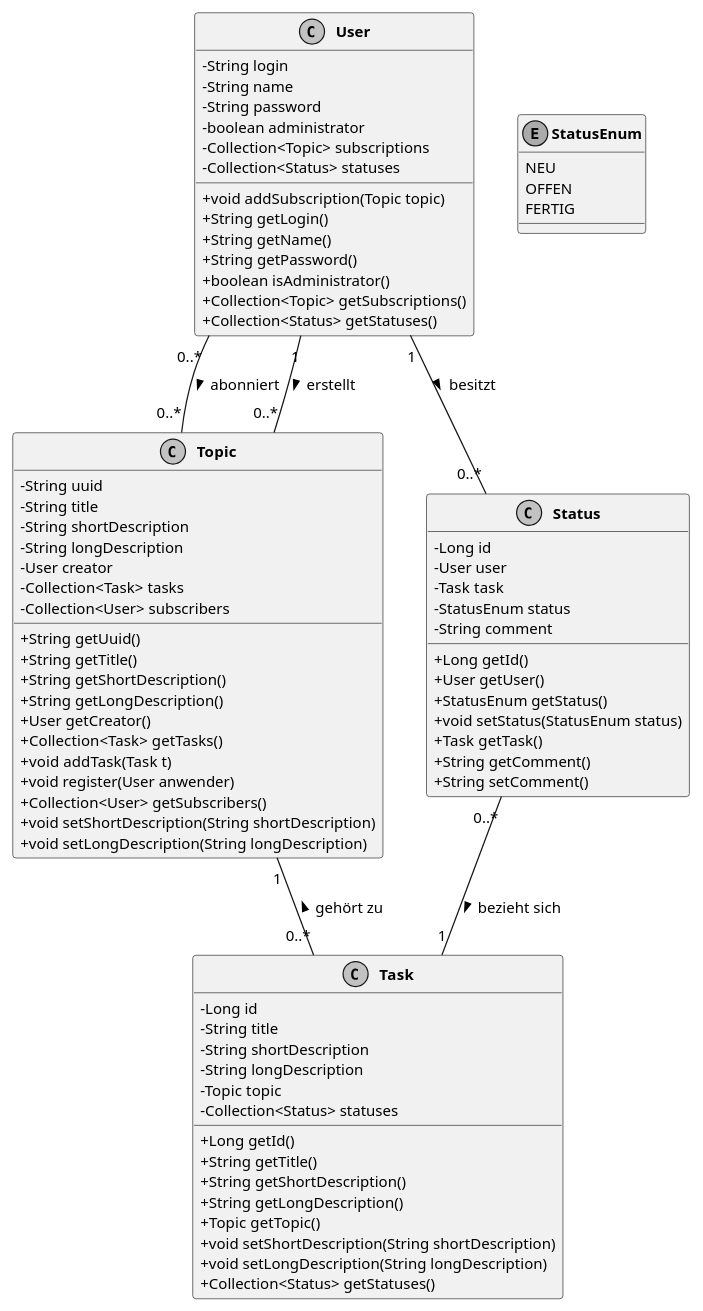
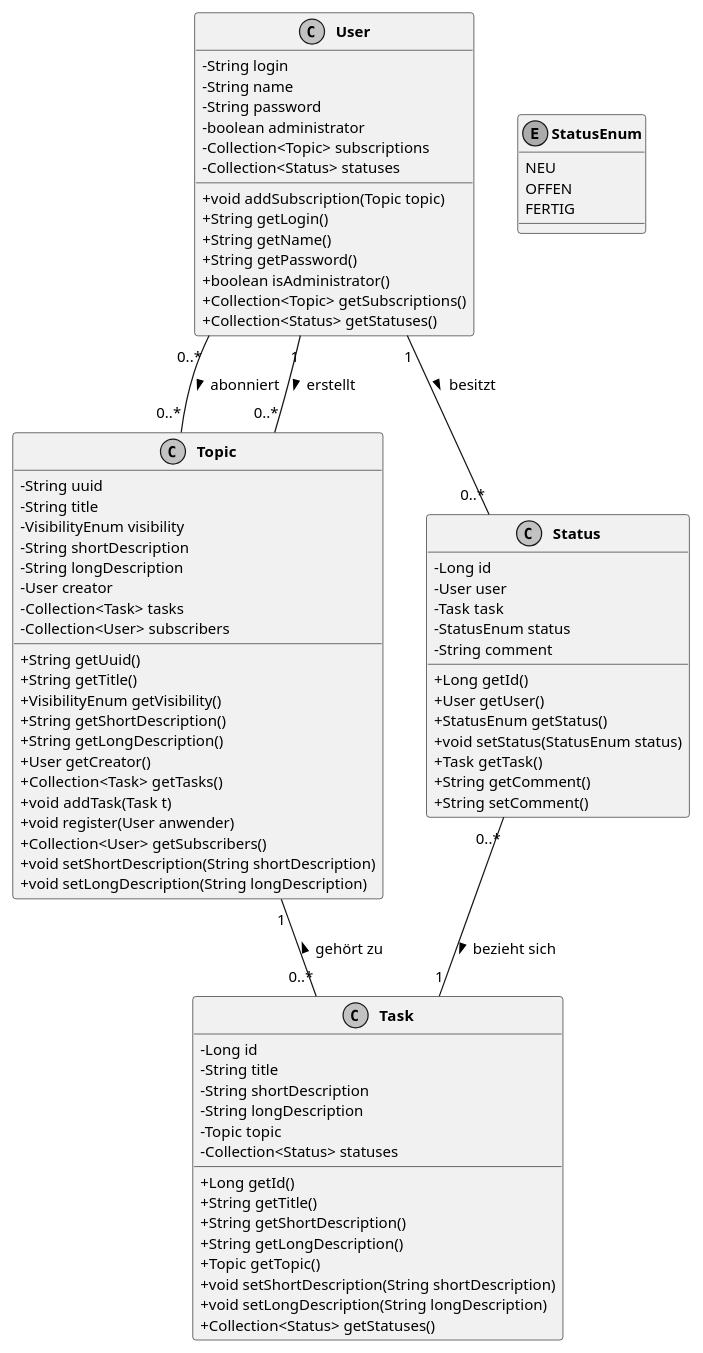
The diagram in doku/Datenmodell.plantuml (SimonHirner/agenda20), drawn with PlantUML before and after one commit. The commit also changed 14 other files, not shown here.

```diff
--- a/doku/Datenmodell.plantuml
+++ b/doku/Datenmodell.plantuml
@@ -1,95 +1,97 @@
 @startuml
 
 ' Layout
 skinparam classAttributeIconSize 0
 skinparam monochrome true
 skinparam shadowing false
 skinparam DefaultFontName arial
 skinparam DefaultFontSize 12
 skinparam ClassFontStyle bold
 hide empty fields
 
 ' Assoziationen
 User "0..*" -- "0..*" Topic : > abonniert
 User "1" -- "0..*" Topic : > erstellt
 User "1" -- "0..*" Status : > besitzt
 Topic "1" -- "0..*" Task : < gehört zu
 Status "0..*" -- "1" Task : > bezieht sich
 
 ' Klassen
 class Status [[java:edu.hm.cs.katz.swt2.agenda.persistence.Status]] {
 	-Long id
 	-User user
 	-Task task
 	-StatusEnum status
 	-String comment
 	+Long getId()
 	+User getUser()
 	+StatusEnum getStatus()
 	+void setStatus(StatusEnum status)
 	+Task getTask()
 	+String getComment()
 	+String setComment()
 }
 
 class Task [[java:edu.hm.cs.katz.swt2.agenda.persistence.Task]] {
 	-Long id
 	-String title
 	-String shortDescription
 	-String longDescription
 	-Topic topic
 	-Collection<Status> statuses
 	+Long getId()
 	+String getTitle()
 	+String getShortDescription()
 	+String getLongDescription()
 	+Topic getTopic()
 	+void setShortDescription(String shortDescription)
 	+void setLongDescription(String longDescription)
 	+Collection<Status> getStatuses()
 }
 
 class User [[java:edu.hm.cs.katz.swt2.agenda.persistence.User]] {
 	-String login
 	-String name
 	-String password
 	-boolean administrator
 	-Collection<Topic> subscriptions
 	-Collection<Status> statuses
 	+void addSubscription(Topic topic)
 	+String getLogin()
 	+String getName()
 	+String getPassword()
 	+boolean isAdministrator()
 	+Collection<Topic> getSubscriptions()
 	+Collection<Status> getStatuses()
 }
 
 class Topic [[java:edu.hm.cs.katz.swt2.agenda.persistence.Topic]] {
 	-String uuid
 	-String title
+	-VisibilityEnum visibility
 	-String shortDescription
 	-String longDescription
 	-User creator
 	-Collection<Task> tasks
 	-Collection<User> subscribers
 	+String getUuid()
 	+String getTitle()
+	+VisibilityEnum getVisibility()
 	+String getShortDescription()
 	+String getLongDescription()
 	+User getCreator()
 	+Collection<Task> getTasks()
 	+void addTask(Task t)
 	+void register(User anwender)
 	+Collection<User> getSubscribers()
 	+void setShortDescription(String shortDescription)
 	+void setLongDescription(String longDescription)
 }
 
 enum StatusEnum [[java:edu.hm.cs.katz.swt2.agenda.common.StatusEnum]] {
 	NEU
 	OFFEN
 	FERTIG
 }
 
 @enduml
```
